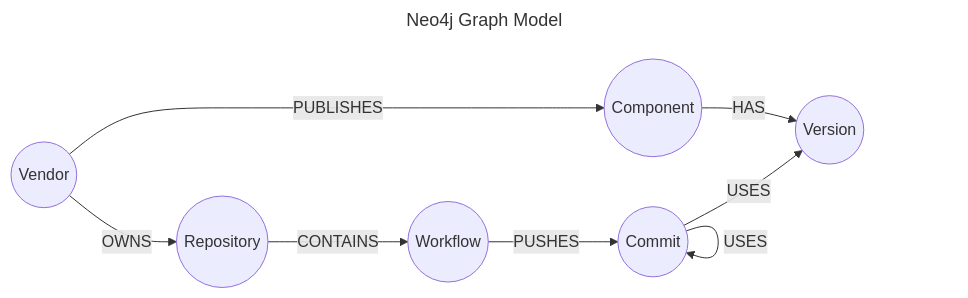
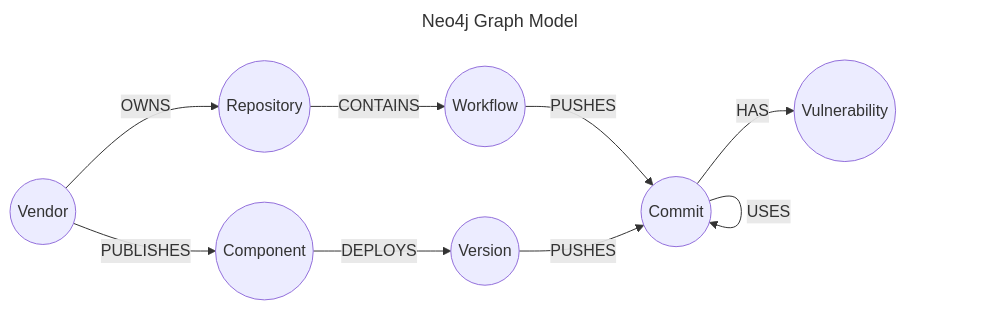
The diagram in docs/mmd/neo.mmd (aegis-forge/kleio), drawn with Mermaid before and after one commit. The commit also changed 6 other files, not shown here.

```diff
--- a/docs/mmd/neo.mmd
+++ b/docs/mmd/neo.mmd
@@ -1,18 +1,21 @@
 ---
 title: Neo4j Graph Model
 ---
+
 flowchart LR
     VENDOR((Vendor))
     REPOSITORY((Repository))
     WORKFLOW((Workflow))
     COMMIT((Commit))
     COMPONENT((Component))
     VERSION((Version))
+    VUNLNERABILITY((Vulnerability))
 
     VENDOR -->|OWNS| REPOSITORY
     VENDOR -->|PUBLISHES| COMPONENT
     REPOSITORY -->|CONTAINS| WORKFLOW
     WORKFLOW -->|PUSHES| COMMIT
-    COMMIT -->|USES| VERSION
     COMMIT -->|USES| COMMIT
-    COMPONENT -->|HAS| VERSION
+    COMPONENT -->|DEPLOYS| VERSION
+    VERSION -->|PUSHES| COMMIT
+    COMMIT -->|HAS| VUNLNERABILITY
```
